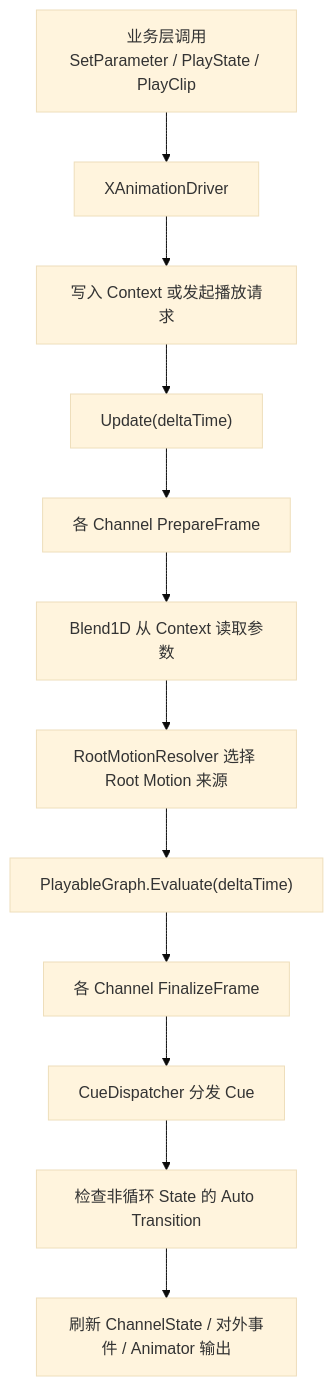
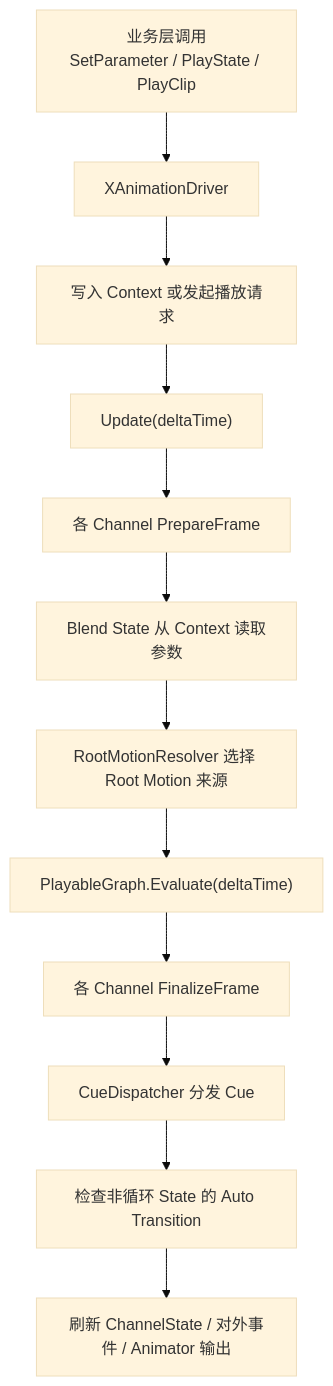
The second of 2 diagrams in Doc/XAnimation.md (xdedzl/XFramework), drawn with Mermaid (base theme) before and after one commit. The commit also changed other lines of this file and 16 other files, not shown here.

````diff
--- a/Doc/XAnimation.md
+++ b/Doc/XAnimation.md
@@ -61,14 +62,14 @@
 ```mermaid
 flowchart TD
     A["业务层调用<br/>SetParameter / PlayState / PlayClip"] --> B["XAnimationDriver"]
     B --> C["写入 Context 或发起播放请求"]
     C --> D["Update(deltaTime)"]
     D --> E["各 Channel PrepareFrame"]
-    E --> F["Blend1D 从 Context 读取参数"]
+    E --> F["Blend State 从 Context 读取参数"]
     F --> G["RootMotionResolver 选择 Root Motion 来源"]
     G --> H["PlayableGraph.Evaluate(deltaTime)"]
     H --> I["各 Channel FinalizeFrame"]
     I --> J["CueDispatcher 分发 Cue"]
     J --> K["检查非循环 State 的 Auto Transition"]
     K --> L["刷新 ChannelState / 对外事件 / Animator 输出"]
 ```
````
